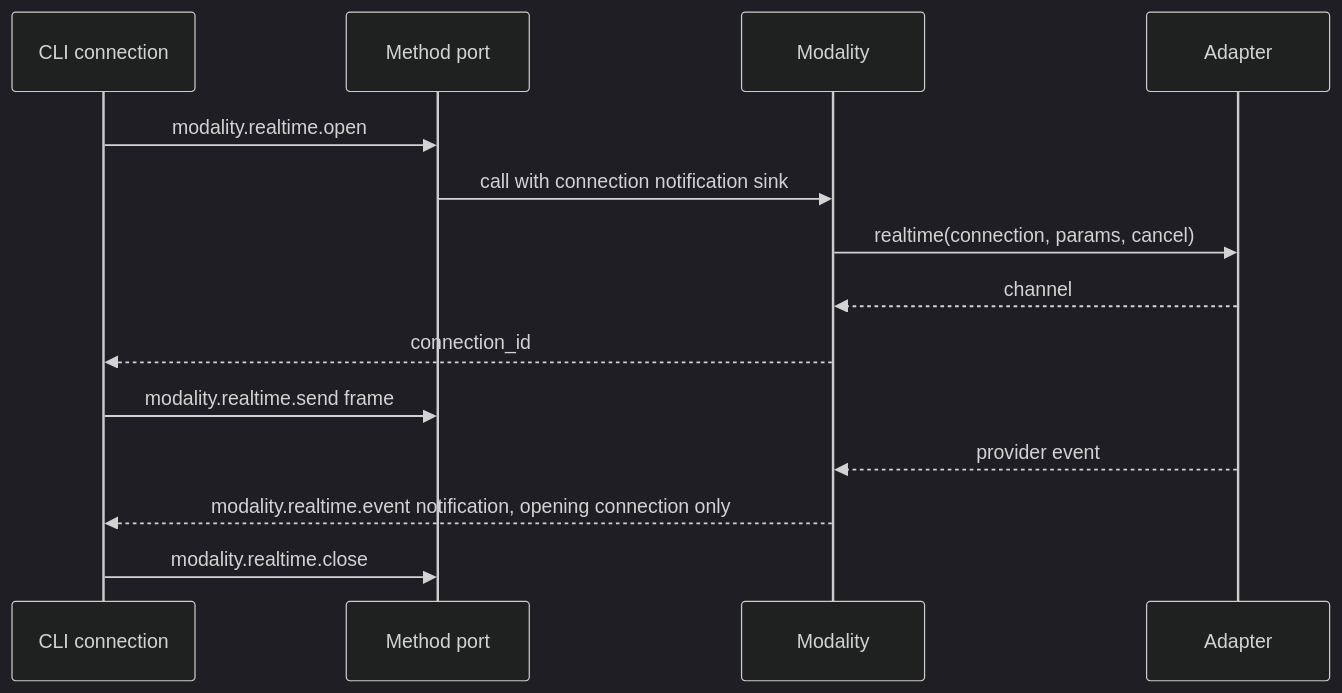
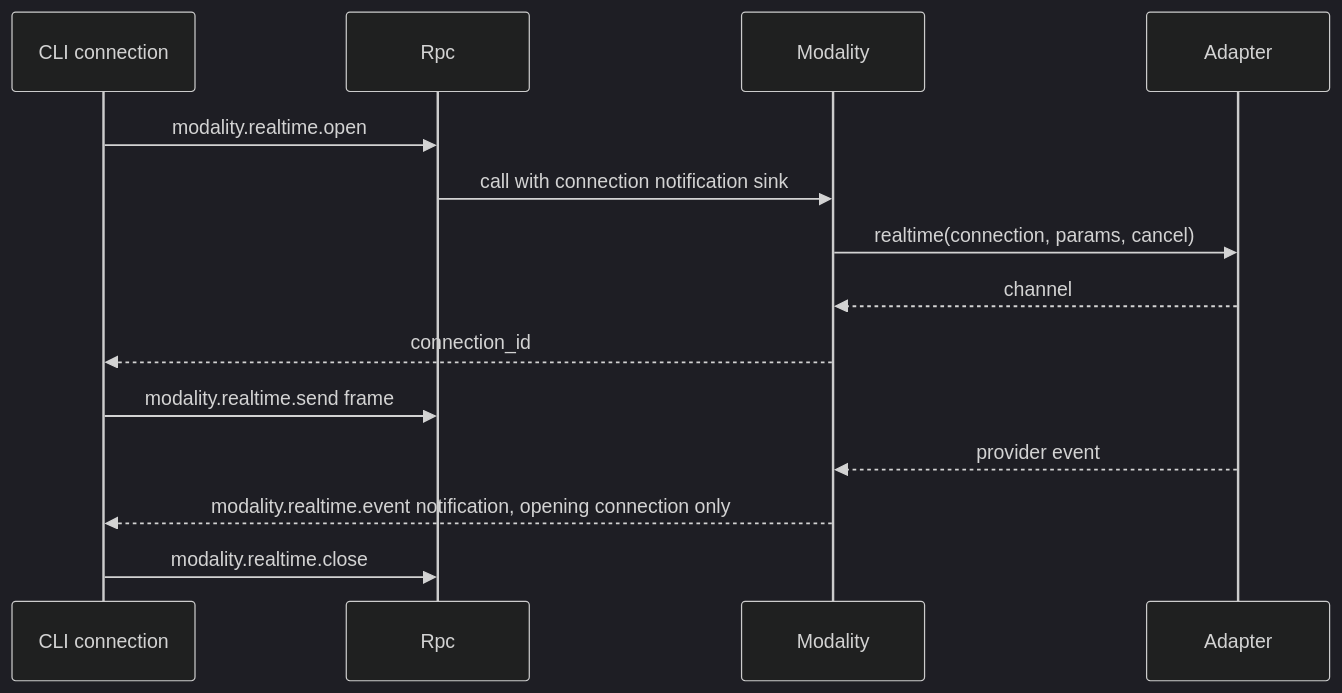
The fifth of 6 diagrams in docs/design/plugins/Modality.md (CoutinhoTTS/dim-agent), drawn with Mermaid (dark theme) before and after one commit. The commit also changed other lines of this file and 2 other files, not shown here.

Commit message:
docs(design): rescope Modality, PluginManager and RemoteGateway per ADR 002

````diff
--- a/docs/design/plugins/Modality.md
+++ b/docs/design/plugins/Modality.md
@@ -137,16 +128,16 @@
 ```mermaid
 sequenceDiagram
   participant C as CLI connection
-  participant M as Method port
+  participant R as Rpc
   participant D as Modality
   participant A as Adapter
-  C->>M: modality.realtime.open
-  M->>D: call with connection notification sink
+  C->>R: modality.realtime.open
+  R->>D: call with connection notification sink
   D->>A: realtime(connection, params, cancel)
   A-->>D: channel
   D-->>C: connection_id
-  C->>M: modality.realtime.send frame
+  C->>R: modality.realtime.send frame
   A-->>D: provider event
   D-->>C: modality.realtime.event notification, opening connection only
-  C->>M: modality.realtime.close
+  C->>R: modality.realtime.close
 ```
````
